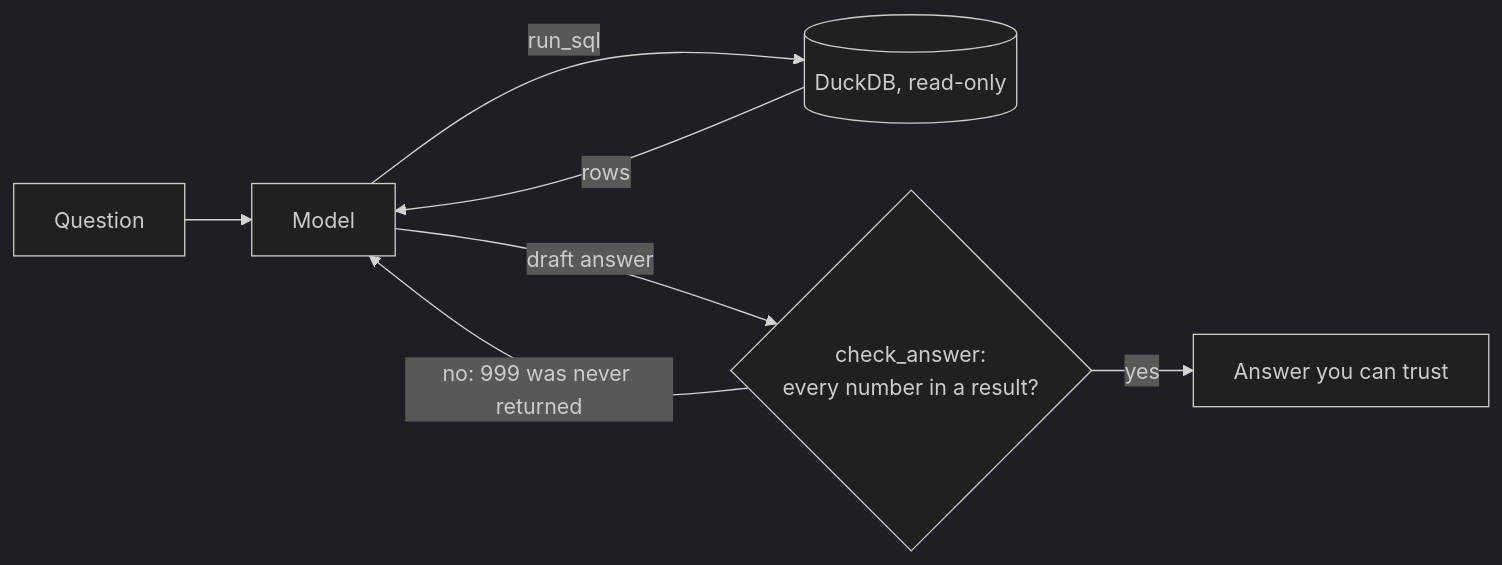
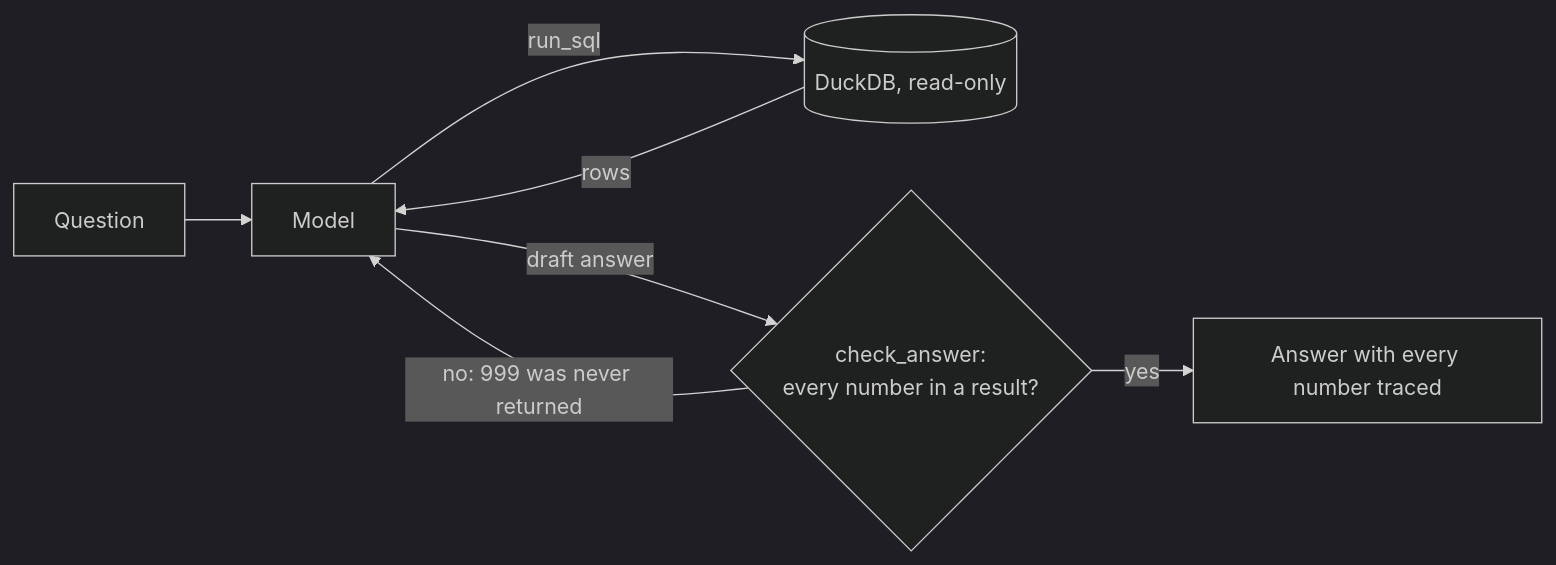
Before and after one commit to QasimJaffry/verified-analyst: the diagram in README.md, drawn with Mermaid (dark theme). The commit also changed other lines of this file, not shown here.

````diff
--- a/README.md
+++ b/README.md
@@ -26,9 +26,9 @@
 ```mermaid
 flowchart LR
     Q[Question] --> A[Model]
     A -- run_sql --> D[(DuckDB, read-only)]
     D -- rows --> A
     A -- draft answer --> V{check_answer:<br/>every number in a result?}
     V -- "no: 999 was never returned" --> A
-    V -- yes --> O[Answer you can trust]
+    V -- yes --> O[Answer with every number traced]
 ```
````
